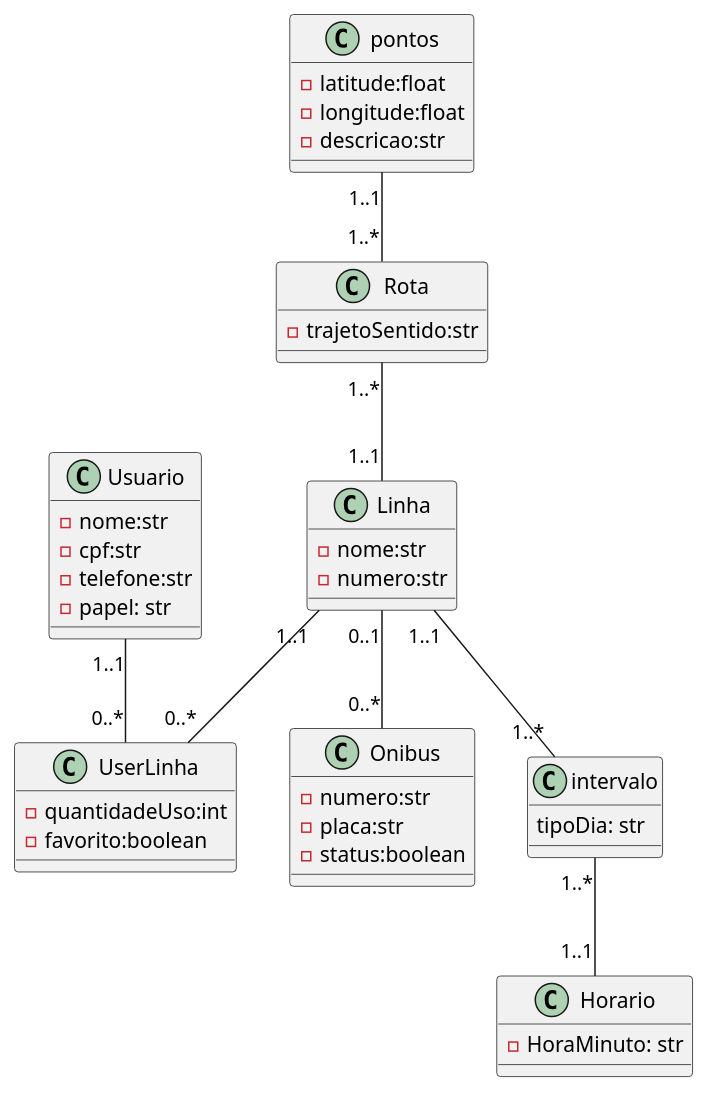
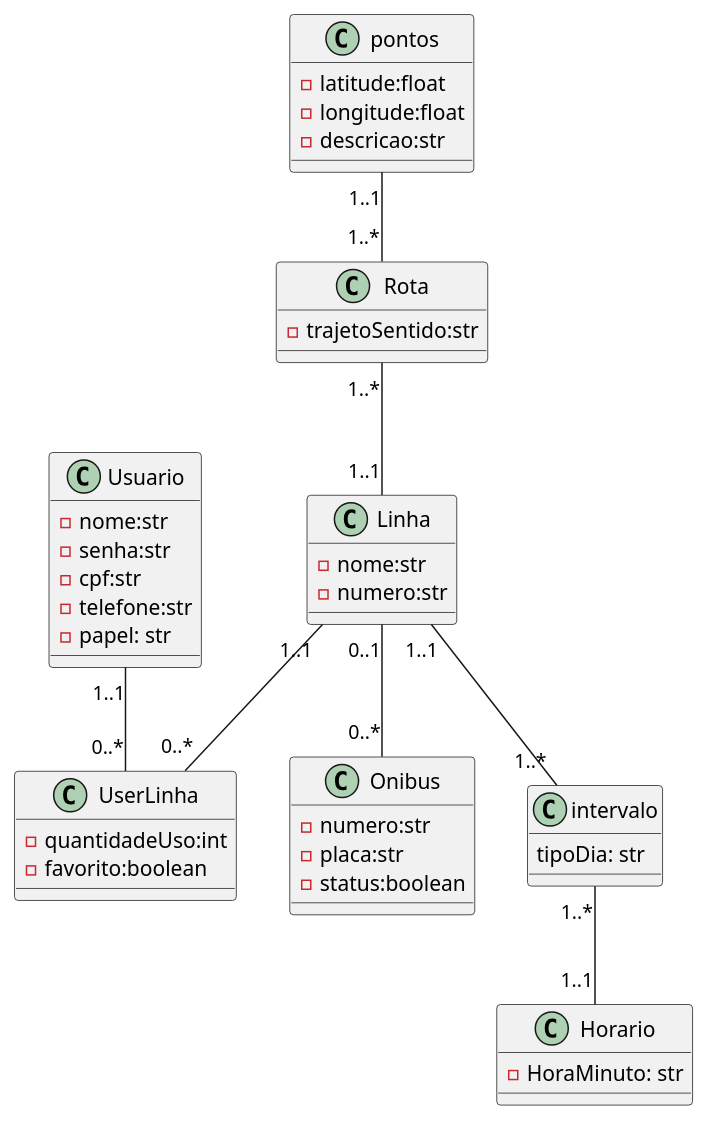
The diagram in docs/mybus_uml.puml (saames/mybus), drawn with PlantUML before and after one commit.

Commit message:
feat: adiciona senha como atributo do usuario no uml

```diff
--- a/docs/mybus_uml.puml
+++ b/docs/mybus_uml.puml
@@ -1,55 +1,56 @@
 @startuml mybus
 class Onibus{
     -numero:str
     -placa:str
     -status:boolean
 }
 class Usuario{
     -nome:str
+    -senha:str
     -cpf:str
     -telefone:str
     -papel: str
 
 }
 class Linha{
     -nome:str
     -numero:str
 }
 class Rota{
     -trajetoSentido:str
 }
 
 
 class pontos{
     -latitude:float
     -longitude:float
     -descricao:str
 
 }
 class intervalo{
     tipoDia: str
 }
 
 class UserLinha{
     -quantidadeUso:int
     -favorito:boolean
 }
 
 class Horario {
     -HoraMinuto: str
 
 }
 
 Linha "0..1" -- "0..*" Onibus
 Rota "1..*" -- "1..1"Linha
 pontos "1..1" -- "1..*" Rota
 Linha "1..1" -- "1..*" intervalo
 intervalo "1..*" -- "1..1"Horario
 Usuario "1..1" -- "0..*"UserLinha
 Linha "1..1" -- "0..*" UserLinha
 
 
 
 
 
 @enduml
```
